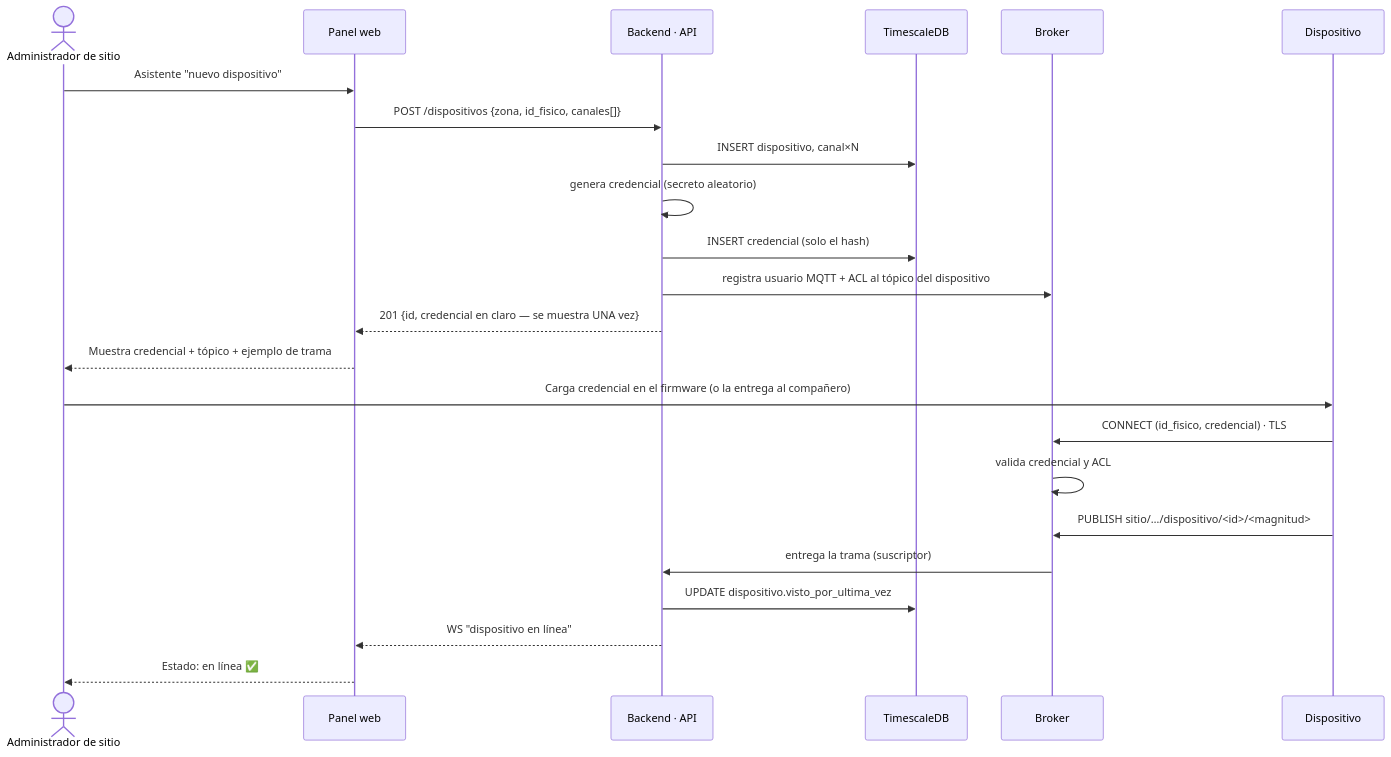
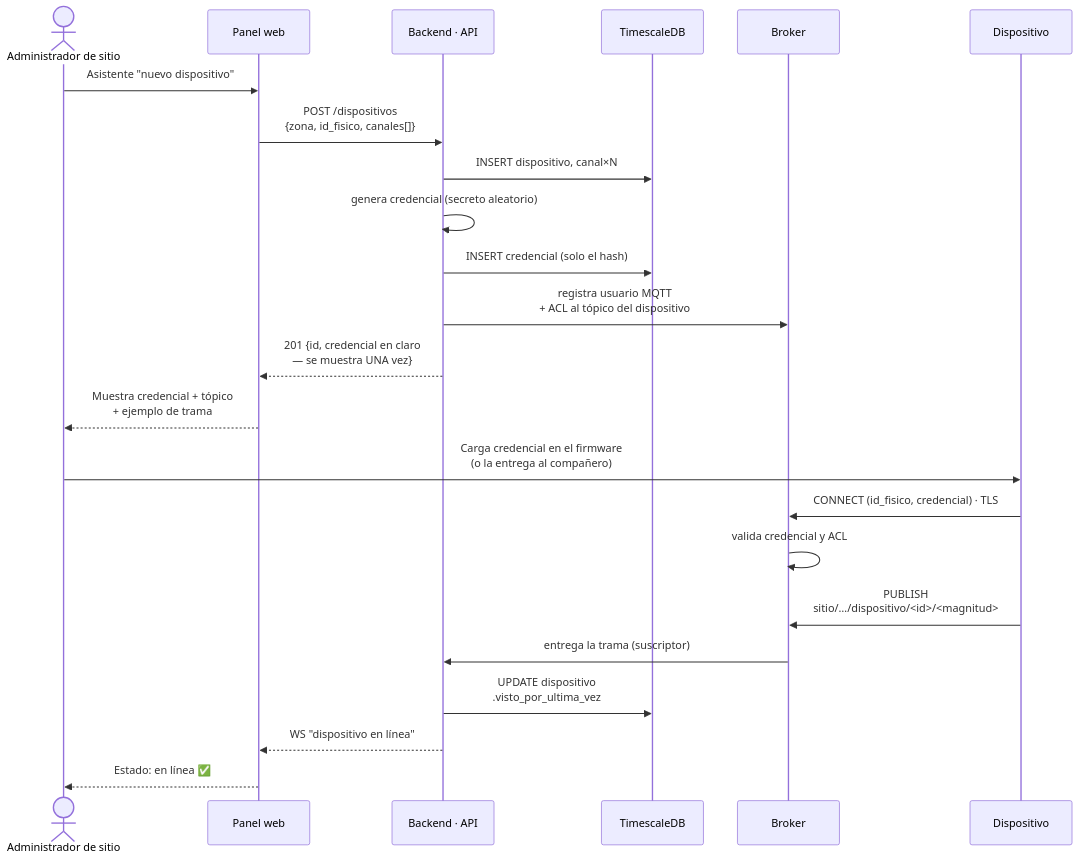
Before and after one commit to vicenterami/tesis: the diagram in informe-oficial/figuras/mermaid/sec-alta.mmd, drawn with Mermaid. The commit also changed 20 other files, not shown here.

```diff
--- a/informe-oficial/figuras/mermaid/sec-alta.mmd
+++ b/informe-oficial/figuras/mermaid/sec-alta.mmd
@@ -1,24 +1,24 @@
 sequenceDiagram
     actor Admin as Administrador de sitio
     participant FE as Panel web
     participant API as Backend · API
     participant DB as TimescaleDB
     participant MQ as Broker
     participant Dev as Dispositivo
 
     Admin->>FE: Asistente "nuevo dispositivo"
-    FE->>API: POST /dispositivos {zona, id_fisico, canales[]}
+    FE->>API: POST /dispositivos<br/>{zona, id_fisico, canales[]}
     API->>DB: INSERT dispositivo, canal×N
     API->>API: genera credencial (secreto aleatorio)
     API->>DB: INSERT credencial (solo el hash)
-    API->>MQ: registra usuario MQTT + ACL al tópico del dispositivo
-    API-->>FE: 201 {id, credencial en claro — se muestra UNA vez}
-    FE-->>Admin: Muestra credencial + tópico + ejemplo de trama
-    Admin->>Dev: Carga credencial en el firmware (o la entrega al compañero)
+    API->>MQ: registra usuario MQTT<br/>+ ACL al tópico del dispositivo
+    API-->>FE: 201 {id, credencial en claro<br/>— se muestra UNA vez}
+    FE-->>Admin: Muestra credencial + tópico<br/>+ ejemplo de trama
+    Admin->>Dev: Carga credencial en el firmware<br/>(o la entrega al compañero)
     Dev->>MQ: CONNECT (id_fisico, credencial) · TLS
     MQ->>MQ: valida credencial y ACL
-    Dev->>MQ: PUBLISH sitio/…/dispositivo/<id>/<magnitud>
+    Dev->>MQ: PUBLISH<br/>sitio/…/dispositivo/<id>/<magnitud>
     MQ->>API: entrega la trama (suscriptor)
-    API->>DB: UPDATE dispositivo.visto_por_ultima_vez
+    API->>DB: UPDATE dispositivo<br/>.visto_por_ultima_vez
     API-->>FE: WS "dispositivo en línea"
     FE-->>Admin: Estado: en línea ✅
```
